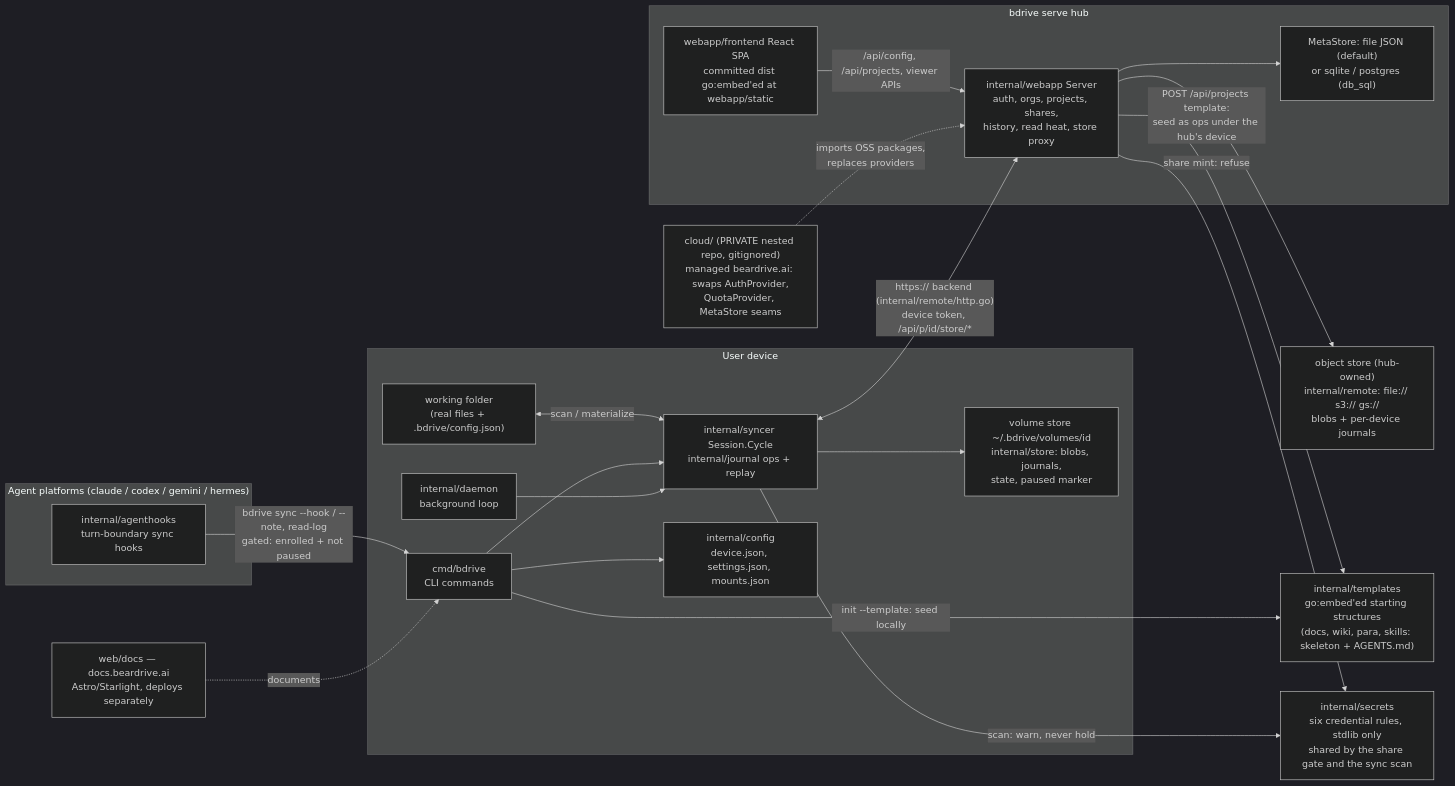
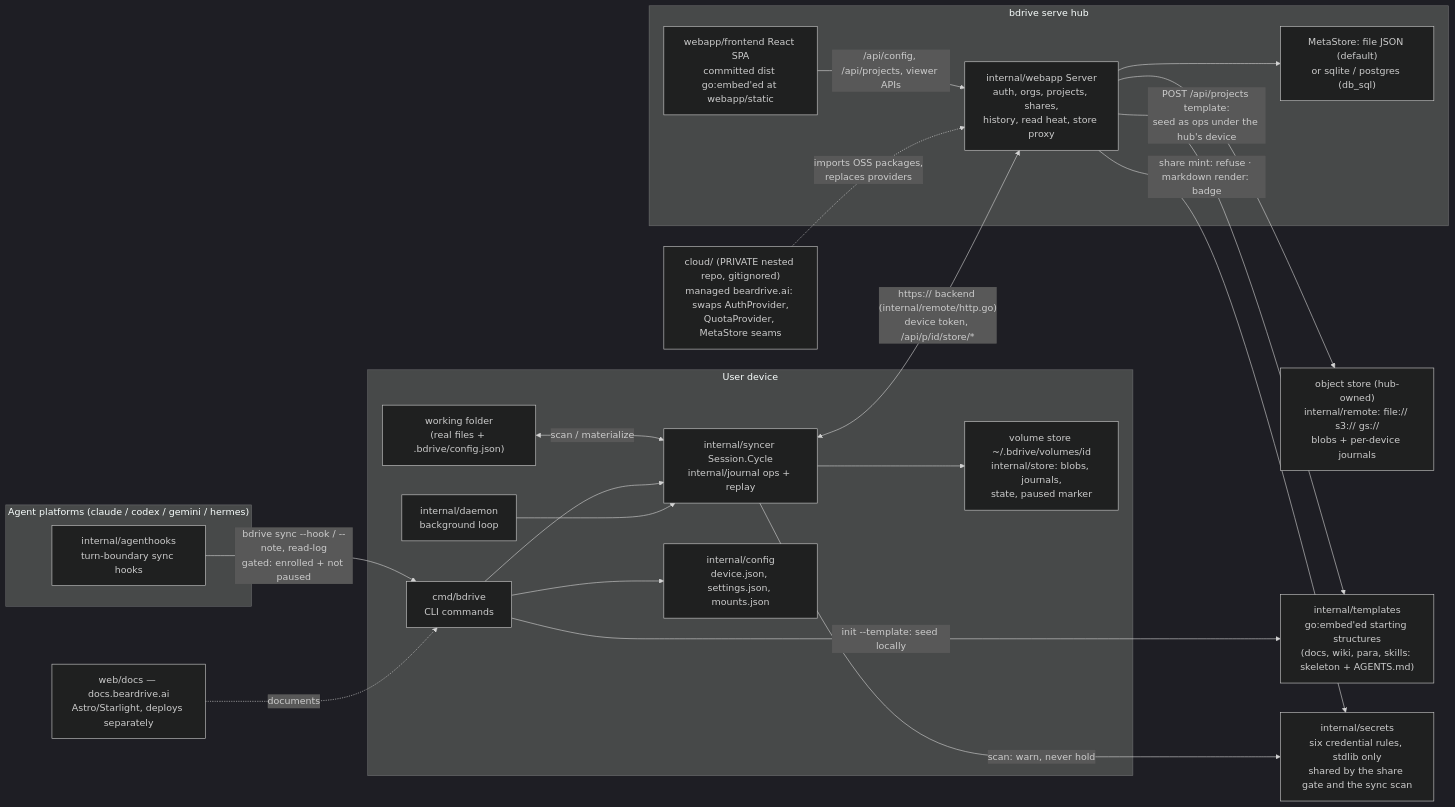
Before and after one commit to runbear-io/beardrive: the diagram in architecture/overview.md, drawn with Mermaid (dark theme). The commit also changed 16 other files, not shown here.

First line of the commit message:
fix(webapp): badge the credential the share gate already found (BEA-147) (#183)

````diff
--- a/architecture/overview.md
+++ b/architecture/overview.md
@@ -10,47 +10,47 @@
 ```mermaid
 flowchart LR
     subgraph device["User device"]
         wf["working folder<br/>(real files + .bdrive/config.json)"]
         cli["cmd/bdrive<br/>CLI commands"]
         dmn["internal/daemon<br/>background loop"]
         eng["internal/syncer Session.Cycle<br/>internal/journal ops + replay"]
         vs["volume store ~/.bdrive/volumes/id<br/>internal/store: blobs, journals,<br/>state, paused marker"]
         cfg["internal/config<br/>device.json, settings.json, mounts.json"]
     end
 
     subgraph agents["Agent platforms (claude / codex / gemini / hermes)"]
         hooks["internal/agenthooks<br/>turn-boundary sync hooks"]
     end
 
     subgraph hub["bdrive serve hub"]
         srv["internal/webapp Server<br/>auth, orgs, projects, shares,<br/>history, read heat, store proxy"]
         fe["webapp/frontend React SPA<br/>committed dist go:embed'ed at webapp/static"]
         meta["MetaStore: file JSON (default)<br/>or sqlite / postgres (db_sql)"]
     end
 
     store["object store (hub-owned)<br/>internal/remote: file:// s3:// gs://<br/>blobs + per-device journals"]
 
     tpl["internal/templates<br/>go:embed'ed starting structures<br/>(docs, wiki, para, skills: skeleton + AGENTS.md)"]
 
     sec["internal/secrets<br/>six credential rules, stdlib only<br/>shared by the share gate and the sync scan"]
 
     docs["web/docs — docs.beardrive.ai<br/>Astro/Starlight, deploys separately"]
     cloud["cloud/ (PRIVATE nested repo, gitignored)<br/>managed beardrive.ai: swaps AuthProvider,<br/>QuotaProvider, MetaStore seams"]
 
     wf <-->|scan / materialize| eng
     cli --> eng
     dmn --> eng
     cli --> cfg
     eng --> vs
     eng <-->|"https:// backend (internal/remote/http.go)<br/>device token, /api/p/id/store/*"| srv
     hooks -->|"bdrive sync --hook / --note, read-log<br/>gated: enrolled + not paused"| cli
     srv --> store
     srv --> meta
     eng -->|"scan: warn, never hold"| sec
-    srv -->|"share mint: refuse"| sec
+    srv -->|"share mint: refuse · markdown render: badge"| sec
     cli -->|"init --template: seed locally"| tpl
     srv -->|"POST /api/projects template:<br/>seed as ops under the hub's device"| tpl
     fe -->|/api/config, /api/projects, viewer APIs| srv
     cloud -.->|imports OSS packages,<br/>replaces providers| srv
     docs -.->|documents| cli
 ```
````
